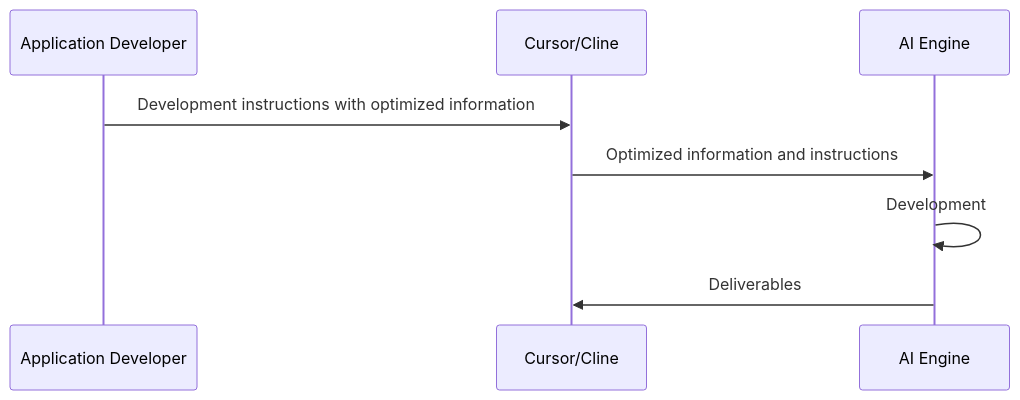
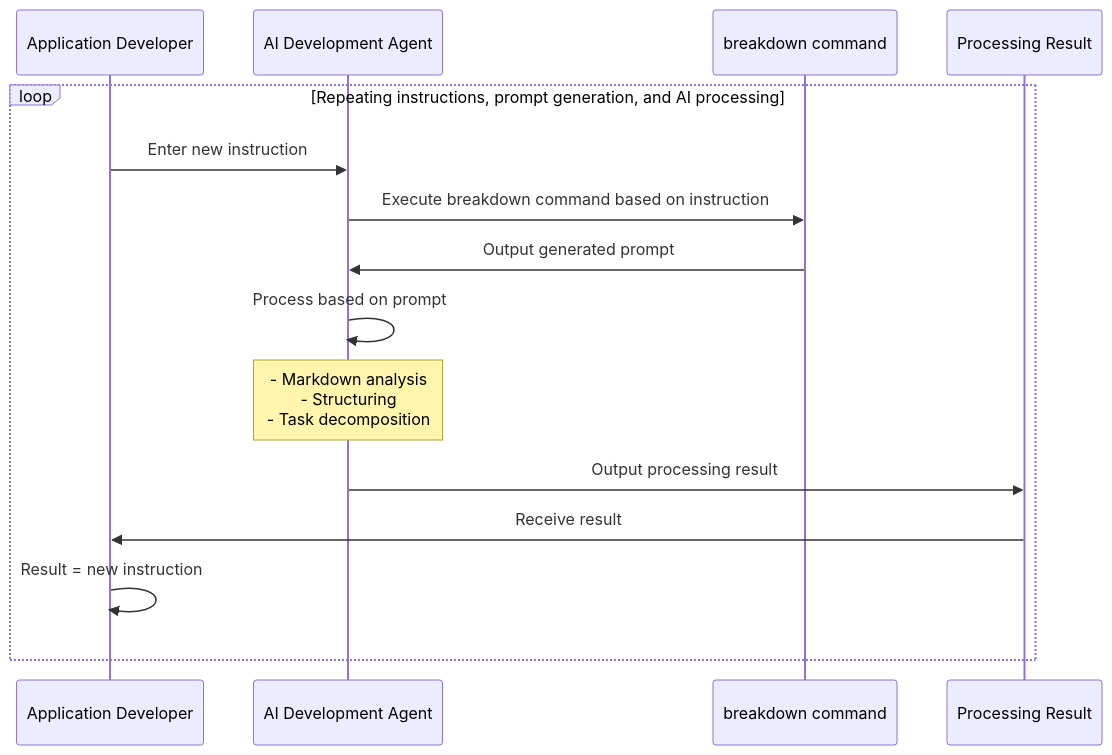
The second of 2 diagrams in docs/index.md (tettuan/breakdown), drawn with Mermaid before and after one commit. The commit also changed other lines of this file and 2 other files, not shown here.

````diff
--- a/docs/index.md
+++ b/docs/index.md
@@ -47,11 +54,18 @@
 ```mermaid
 sequenceDiagram
   participant Developer as Application Developer
-  participant CursorCline as Cursor/Cline
-  participant AI as AI Engine
+  participant AI as AI Development Agent
+  participant Breakdown as breakdown command
+  participant Result as Processing Result
 
-  Developer->>CursorCline: Development instructions with optimized information
-  CursorCline->>AI: Optimized information and instructions
-  AI->>AI: Development
-  AI->>CursorCline: Deliverables
+  loop Repeating instructions, prompt generation, and AI processing
+    Developer->>AI: Enter new instruction
+    AI->>Breakdown: Execute breakdown command based on instruction
+    Breakdown->>AI: Output generated prompt
+    AI->>AI: Process based on prompt
+    Note over AI: - Markdown analysis<br>- Structuring<br>- Task decomposition
+    AI->>Result: Output processing result
+    Result->>Developer: Receive result
+    Developer->>Developer: Result = new instruction
+  end
 ```
````
